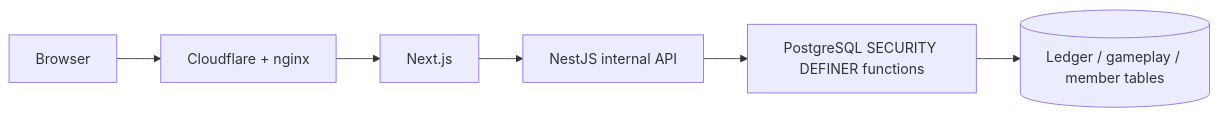
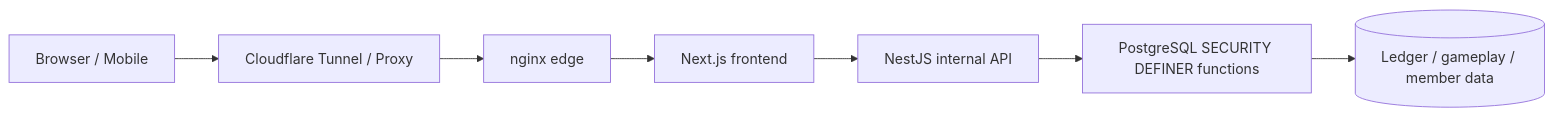
The second of 3 diagrams in README/README.en.md (wtrdd1-hash/Woldeok-Moneyverse-Migration), drawn with Mermaid before and after one commit. The commit also changed other lines of this file and 22 other files, not shown here.

````diff
--- a/README/README.en.md
+++ b/README/README.en.md
@@ -25,8 +81,9 @@
 ```mermaid
 flowchart LR
-  U[Browser] --> E[Cloudflare + nginx]
-  E --> F[Next.js]
+  U[Browser / Mobile] --> CF[Cloudflare Tunnel / Proxy]
+  CF --> E[nginx edge]
+  E --> F[Next.js frontend]
   F --> A[NestJS internal API]
   A --> D[PostgreSQL SECURITY DEFINER functions]
-  D --> T[(Ledger / gameplay / member tables)]
+  D --> T[(Ledger / gameplay / member data)]
 ```
````
